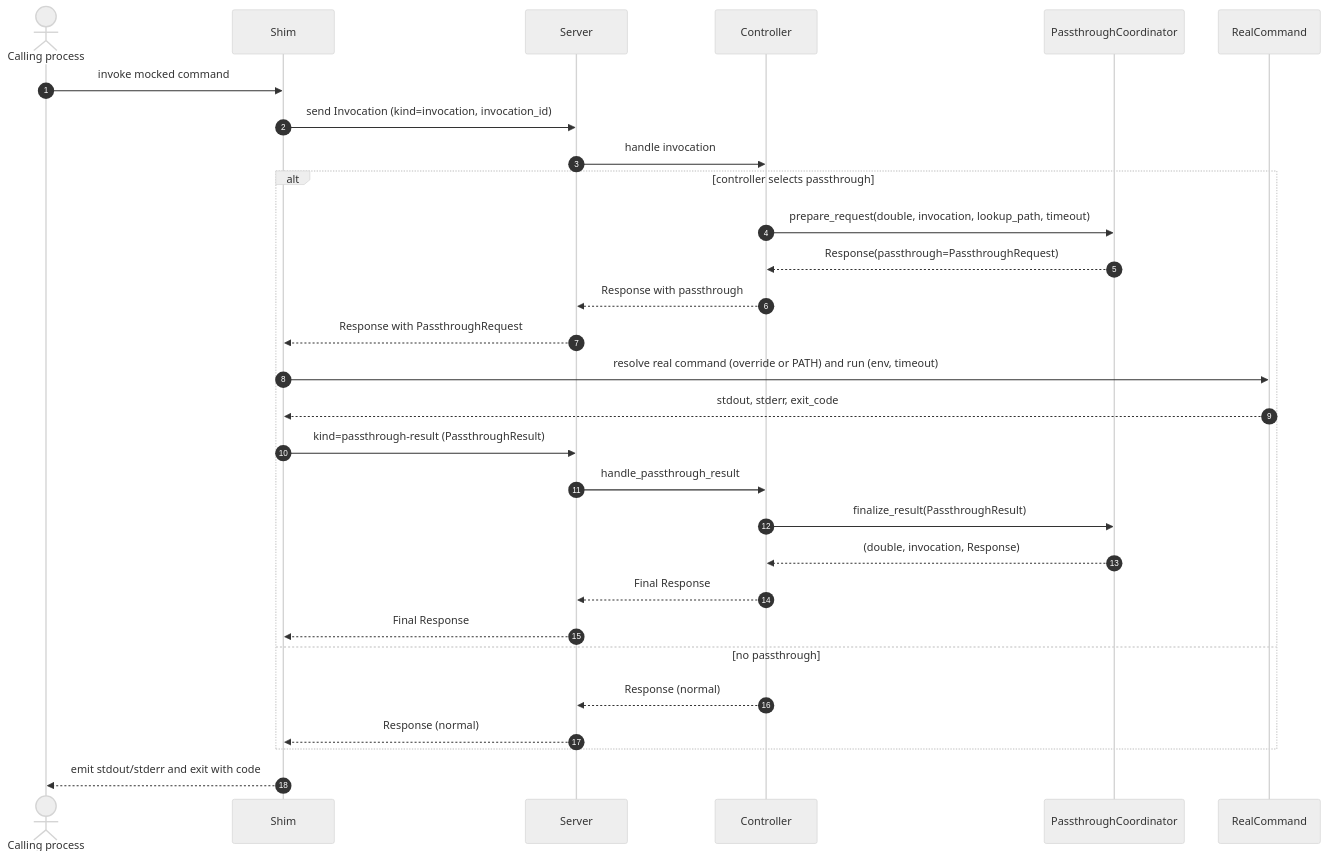
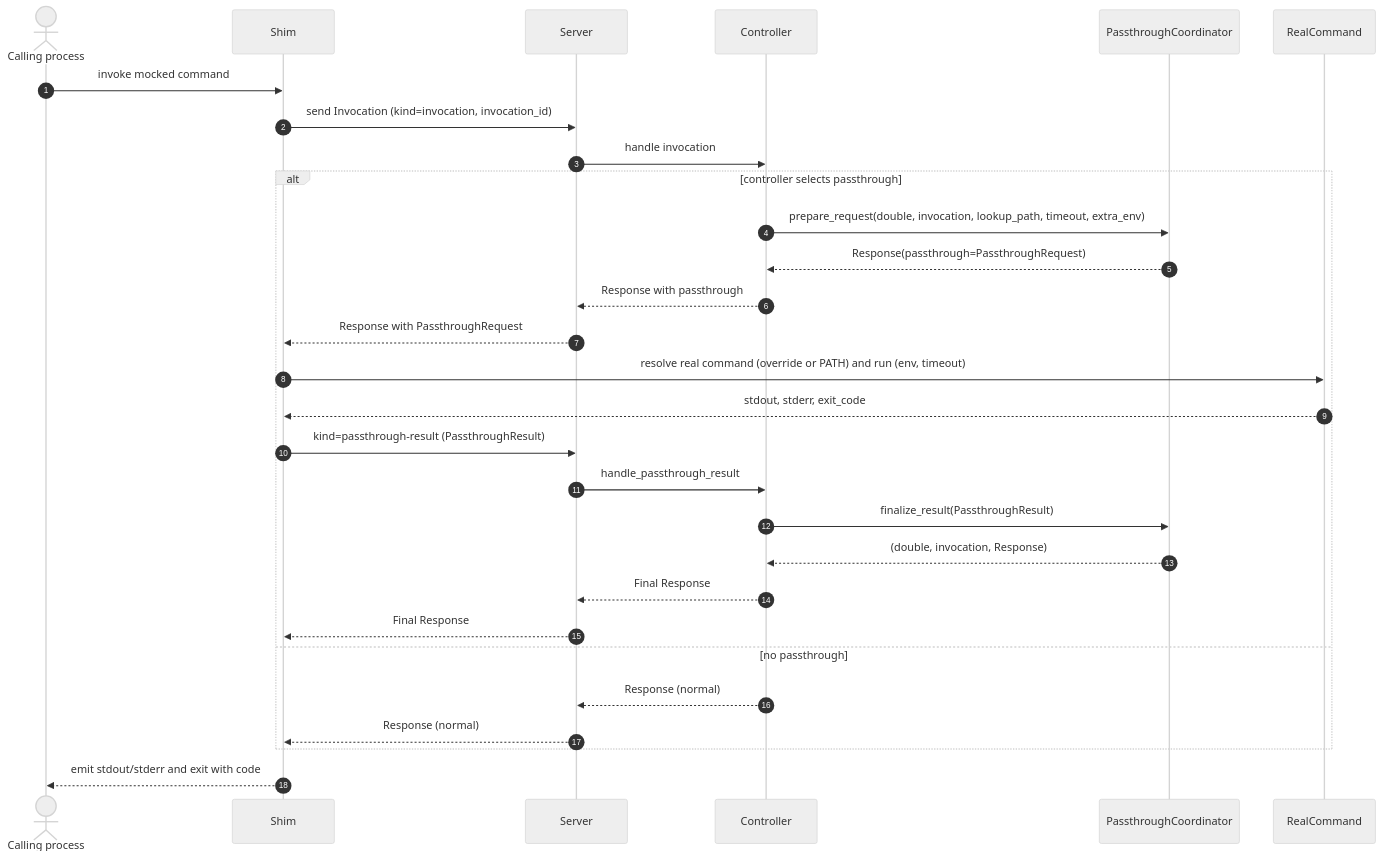
One commit to leynos/cmd-mox changed the eighth of 11 diagrams in docs/python-native-command-mocking-design.md. Above: the diagram before and after it, drawn with Mermaid (neutral theme). The commit also changed other lines of this file and 7 other files, not shown here.

````diff
--- a/docs/python-native-command-mocking-design.md
+++ b/docs/python-native-command-mocking-design.md
@@ -1018,32 +1018,32 @@
 ```mermaid
 sequenceDiagram
   autonumber
   actor Caller as Calling process
   participant Shim
   participant Server
   participant Controller
   participant Passthrough as PassthroughCoordinator
   participant Runner as RealCommand
 
   Caller->>Shim: invoke mocked command
   Shim->>Server: send Invocation (kind=invocation, invocation_id)
   Server->>Controller: handle invocation
   alt controller selects passthrough
-    Controller->>Passthrough: prepare_request(double, invocation, lookup_path, timeout)
+    Controller->>Passthrough: prepare_request(double, invocation, lookup_path, timeout, extra_env)
     Passthrough-->>Controller: Response(passthrough=PassthroughRequest)
     Controller-->>Server: Response with passthrough
     Server-->>Shim: Response with PassthroughRequest
     Shim->>Runner: resolve real command (override or PATH) and run (env, timeout)
     Runner-->>Shim: stdout, stderr, exit_code
     Shim->>Server: kind=passthrough-result (PassthroughResult)
     Server->>Controller: handle_passthrough_result
     Controller->>Passthrough: finalize_result(PassthroughResult)
     Passthrough-->>Controller: (double, invocation, Response)
     Controller-->>Server: Final Response
     Server-->>Shim: Final Response
   else no passthrough
     Controller-->>Server: Response (normal)
     Server-->>Shim: Response (normal)
   end
   Shim-->>Caller: emit stdout/stderr and exit with code
 ```
````
